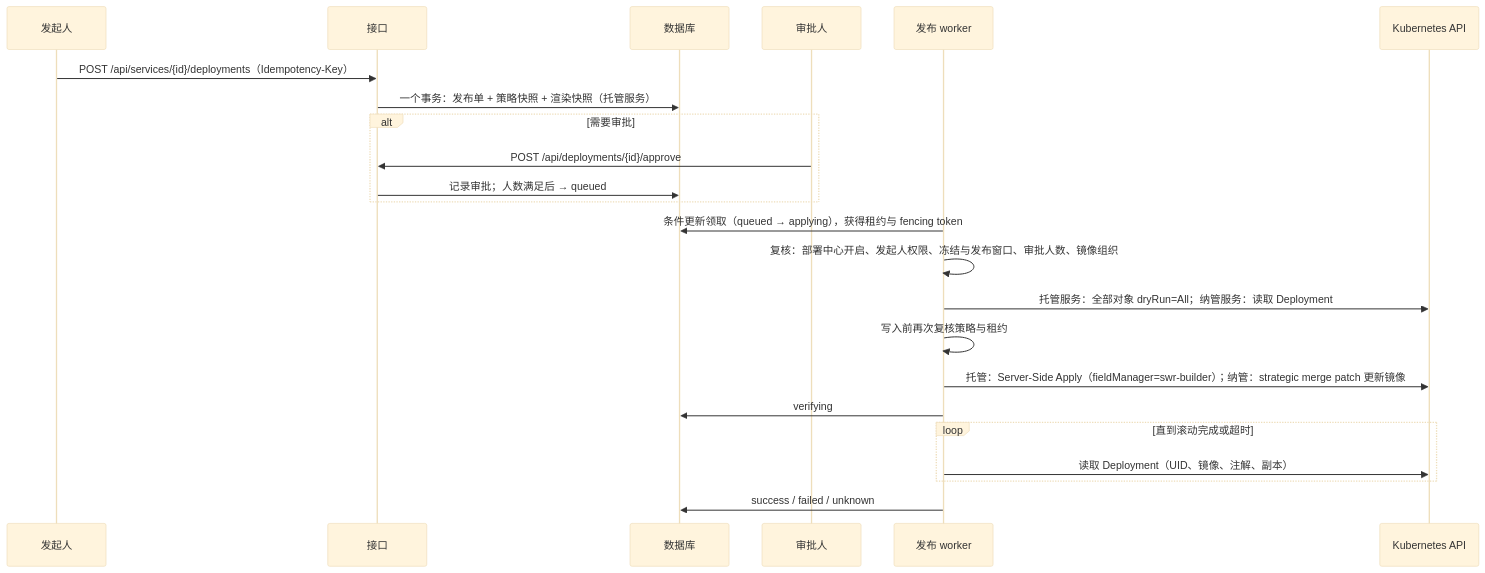
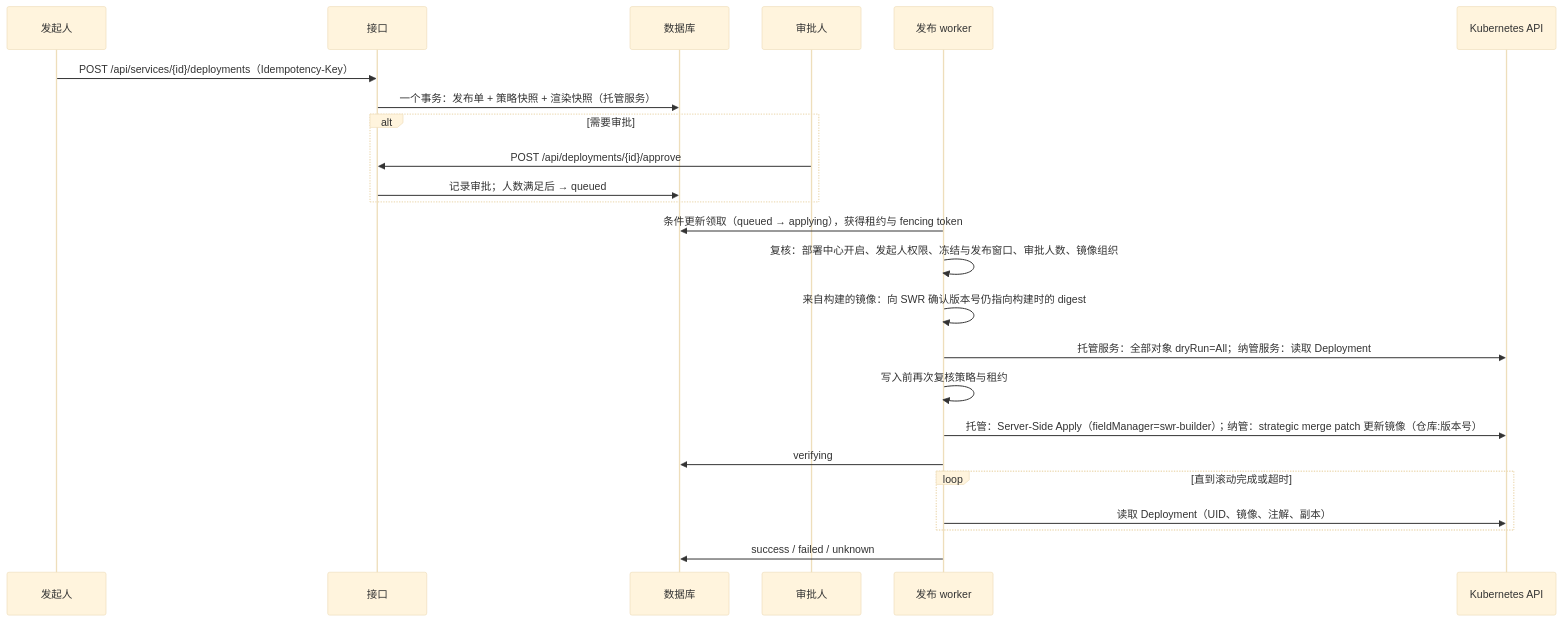
The fourth of 5 diagrams in docs/系统架构.md (gongjin1997/swr), drawn with Mermaid (base theme) before and after one commit. The commit also changed other lines of this file and 28 other files, not shown here.

````diff
--- a/docs/系统架构.md
+++ b/docs/系统架构.md
@@ -153,25 +153,26 @@
 ```mermaid
 sequenceDiagram
     participant U as 发起人
     participant A as 接口
     participant D as 数据库
     participant P as 审批人
     participant W as 发布 worker
     participant K as Kubernetes API
     U->>A: POST /api/services/{id}/deployments（Idempotency-Key）
     A->>D: 一个事务：发布单 + 策略快照 + 渲染快照（托管服务）
     alt 需要审批
         P->>A: POST /api/deployments/{id}/approve
         A->>D: 记录审批；人数满足后 → queued
     end
     W->>D: 条件更新领取（queued → applying），获得租约与 fencing token
     W->>W: 复核：部署中心开启、发起人权限、冻结与发布窗口、审批人数、镜像组织
+    W->>W: 来自构建的镜像：向 SWR 确认版本号仍指向构建时的 digest
     W->>K: 托管服务：全部对象 dryRun=All；纳管服务：读取 Deployment
     W->>W: 写入前再次复核策略与租约
-    W->>K: 托管：Server-Side Apply（fieldManager=swr-builder）；纳管：strategic merge patch 更新镜像
+    W->>K: 托管：Server-Side Apply（fieldManager=swr-builder）；纳管：strategic merge patch 更新镜像（仓库:版本号）
     W->>D: verifying
     loop 直到滚动完成或超时
         W->>K: 读取 Deployment（UID、镜像、注解、副本）
     end
     W->>D: success / failed / unknown
 ```
````
